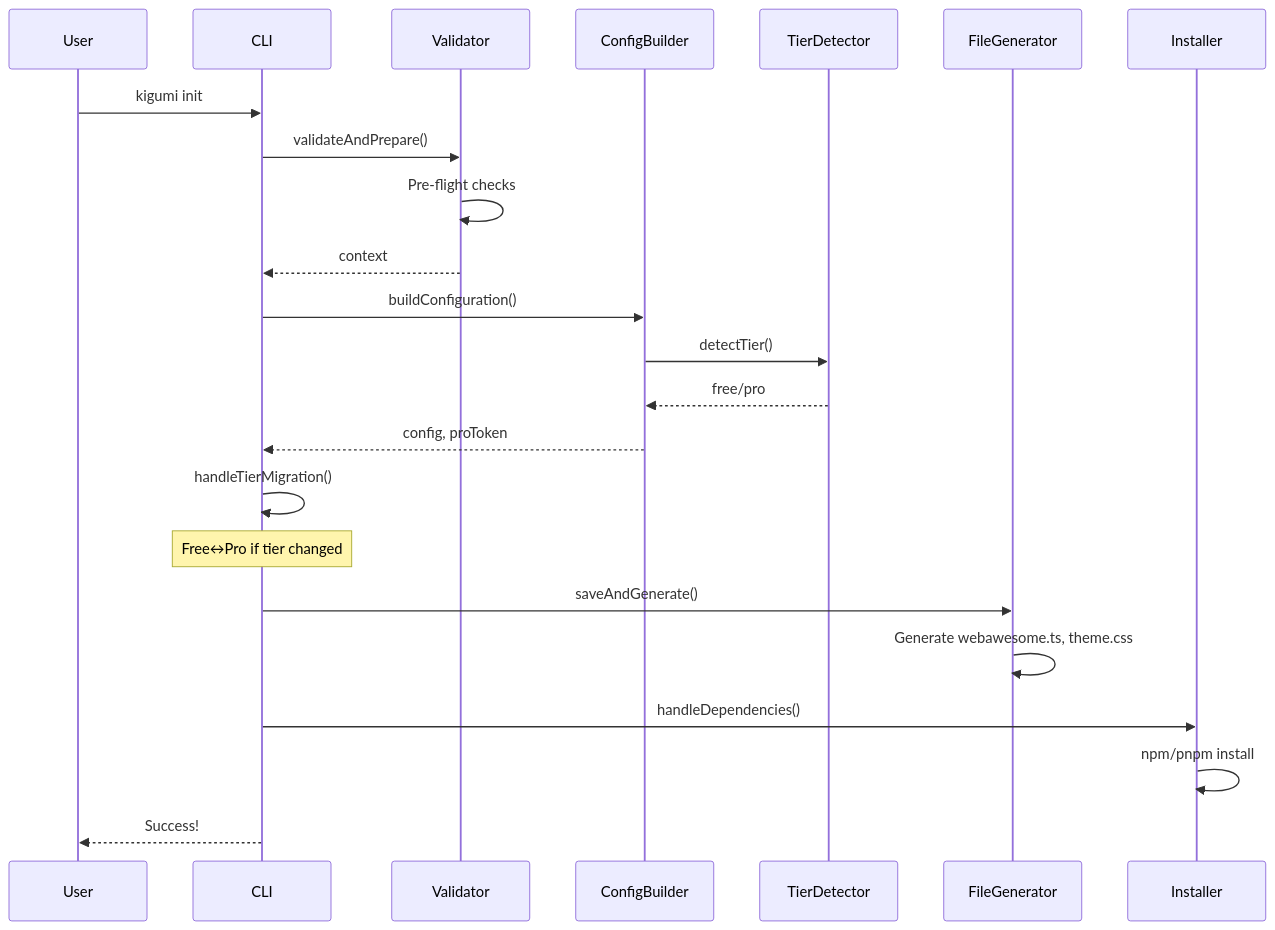
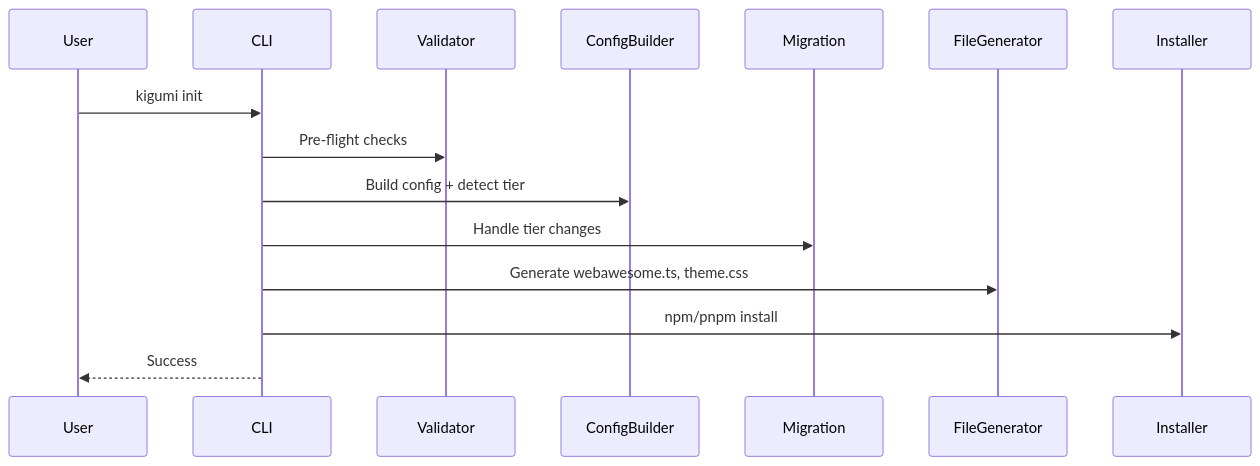
One commit to kigumi-ui/kigumi-cli changed the second of 2 diagrams in AGENTS.md. Above: the diagram before and after it, drawn with Mermaid. The commit also changed other lines of this file and 5 other files, not shown here.

Commit message:
refactor(docs): add repository structure diagram to AGENTS.md

````diff
--- a/AGENTS.md
+++ b/AGENTS.md
@@ -404,31 +214,10 @@
 ```mermaid
 sequenceDiagram
-    participant User
-    participant CLI
-    participant Validator
-    participant ConfigBuilder
-    participant TierDetector
-    participant FileGenerator
-    participant Installer
-
     User->>CLI: kigumi init
-    CLI->>Validator: validateAndPrepare()
-    Validator->>Validator: Pre-flight checks
-    Validator-->>CLI: context
-
-    CLI->>ConfigBuilder: buildConfiguration()
-    ConfigBuilder->>TierDetector: detectTier()
-    TierDetector-->>ConfigBuilder: free/pro
-    ConfigBuilder-->>CLI: config, proToken
-
-    CLI->>CLI: handleTierMigration()
-    Note over CLI: Free↔Pro if tier changed
-
-    CLI->>FileGenerator: saveAndGenerate()
-    FileGenerator->>FileGenerator: Generate webawesome.ts, theme.css
-
-    CLI->>Installer: handleDependencies()
-    Installer->>Installer: npm/pnpm install
-
-    CLI-->>User: Success!
+    CLI->>Validator: Pre-flight checks
+    CLI->>ConfigBuilder: Build config + detect tier
+    CLI->>Migration: Handle tier changes
+    CLI->>FileGenerator: Generate webawesome.ts, theme.css
+    CLI->>Installer: npm/pnpm install
+    CLI-->>User: Success
 ```
````
